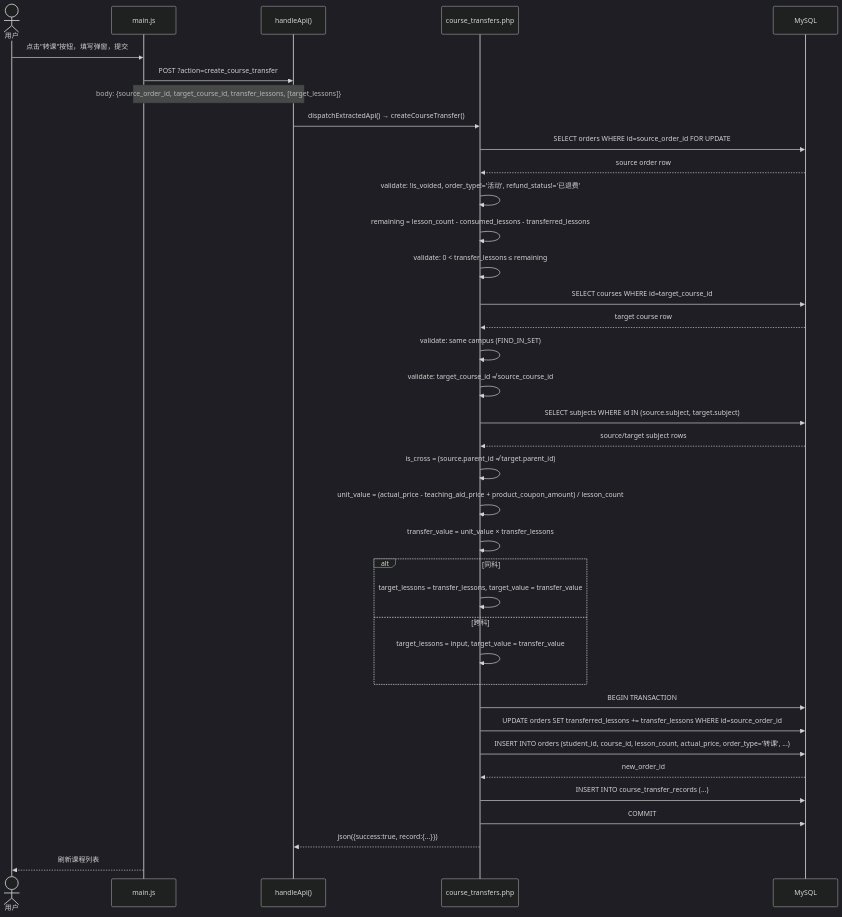
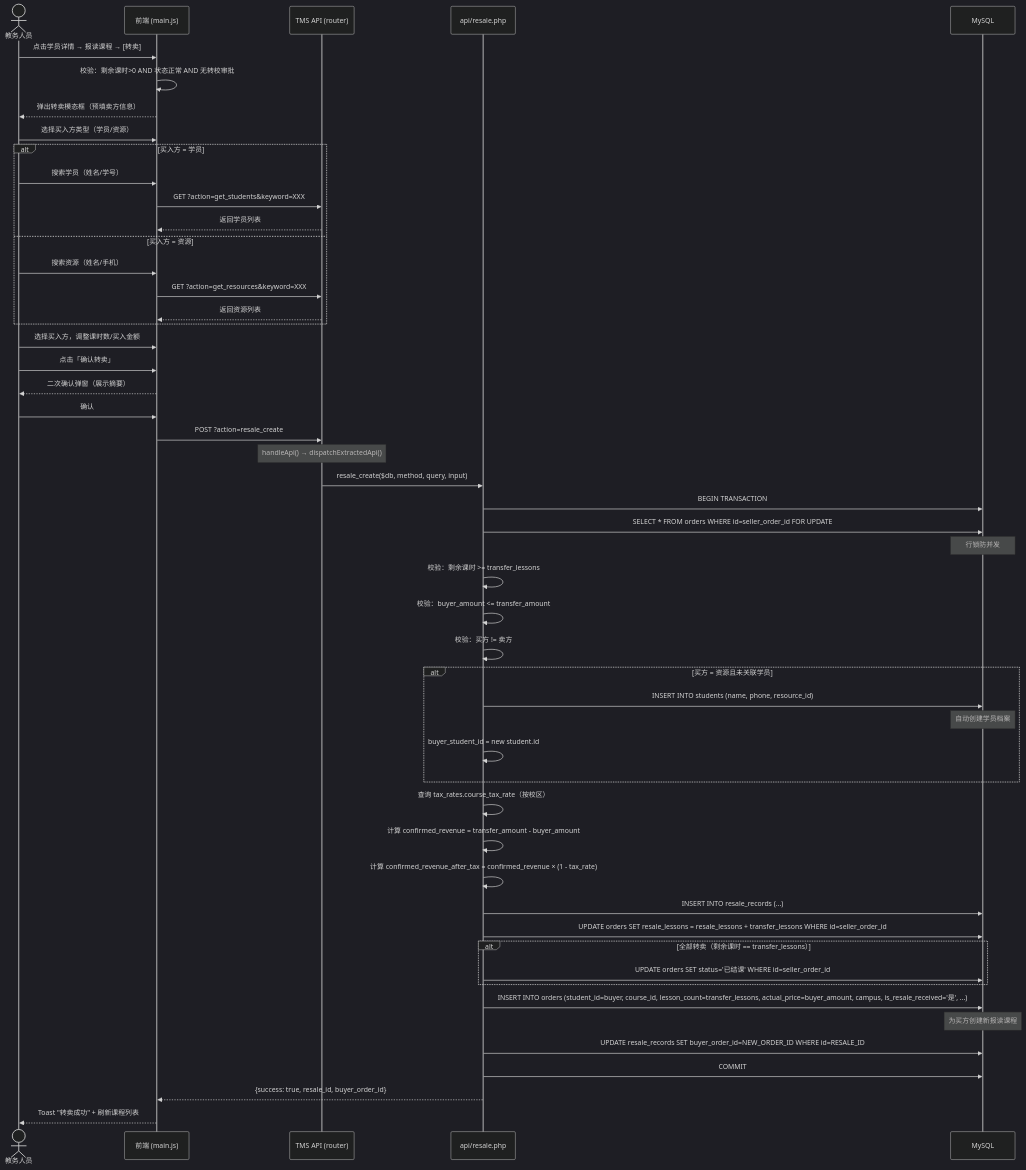
One commit to hawei07/TMS- changed the second of 5 diagrams in docs/system_design.md. Above: the diagram before and after it, drawn with Mermaid (dark theme). The commit also changed other lines of this file and 10 other files, not shown here.

````diff
--- a/docs/system_design.md
+++ b/docs/system_design.md
@@ -161,45 +233,66 @@
 ```mermaid
 sequenceDiagram
-    actor User as 用户
-    participant JS as main.js
-    participant API as handleApi()
-    participant H as course_transfers.php
+    actor 教务 as 教务人员
+    participant FE as 前端 (main.js)
+    participant API as TMS API (router)
+    participant Resale as api/resale.php
     participant DB as MySQL
 
-    User->>JS: 点击"转课"按钮，填写弹窗，提交
-    JS->>API: POST ?action=create_course_transfer
-    Note over JS,API: body: {source_order_id, target_course_id, transfer_lessons, [target_lessons]}
-
-    API->>H: dispatchExtractedApi() → createCourseTransfer()
-    H->>DB: SELECT orders WHERE id=source_order_id FOR UPDATE
-    DB-->>H: source order row
-    H->>H: validate: !is_voided, order_type!='活动', refund_status!='已退费'
-    H->>H: remaining = lesson_count - consumed_lessons - transferred_lessons
-    H->>H: validate: 0 < transfer_lessons ≤ remaining
-
-    H->>DB: SELECT courses WHERE id=target_course_id
-    DB-->>H: target course row
-    H->>H: validate: same campus (FIND_IN_SET)
-    H->>H: validate: target_course_id ≠ source_course_id
-
-    H->>DB: SELECT subjects WHERE id IN (source.subject, target.subject)
-    DB-->>H: source/target subject rows
-    H->>H: is_cross = (source.parent_id ≠ target.parent_id)
-
-    H->>H: unit_value = (actual_price - teaching_aid_price + product_coupon_amount) / lesson_count
-    H->>H: transfer_value = unit_value × transfer_lessons
-    alt 同科
-        H->>H: target_lessons = transfer_lessons, target_value = transfer_value
-    else 跨科
-        H->>H: target_lessons = input, target_value = transfer_value
+    教务->>FE: 点击学员详情 → 报读课程 → [转卖]
+    FE->>FE: 校验：剩余课时>0 AND 状态正常 AND 无转校审批
+    FE-->>教务: 弹出转卖模态框（预填卖方信息）
+    
+    教务->>FE: 选择买入方类型（学员/资源）
+    alt 买入方 = 学员
+        教务->>FE: 搜索学员（姓名/学号）
+        FE->>API: GET ?action=get_students&keyword=XXX
+        API-->>FE: 返回学员列表
+    else 买入方 = 资源
+        教务->>FE: 搜索资源（姓名/手机）
+        FE->>API: GET ?action=get_resources&keyword=XXX
+        API-->>FE: 返回资源列表
     end
-
-    H->>DB: BEGIN TRANSACTION
-    H->>DB: UPDATE orders SET transferred_lessons += transfer_lessons WHERE id=source_order_id
-    H->>DB: INSERT INTO orders (student_id, course_id, lesson_count, actual_price, order_type='转课', ...)
-    DB-->>H: new_order_id
-    H->>DB: INSERT INTO course_transfer_records (...)
-    H->>DB: COMMIT
-    H-->>API: json({success:true, record:{...}})
-    JS-->>User: 刷新课程列表
+    教务->>FE: 选择买入方，调整课时数/买入金额
+    教务->>FE: 点击「确认转卖」
+    
+    FE-->>教务: 二次确认弹窗（展示摘要）
+    教务->>FE: 确认
+    
+    FE->>API: POST ?action=resale_create
+    Note over API: handleApi() → dispatchExtractedApi()
+    API->>Resale: resale_create($db, method, query, input)
+    
+    Resale->>DB: BEGIN TRANSACTION
+    Resale->>DB: SELECT * FROM orders WHERE id=seller_order_id FOR UPDATE
+    Note over DB: 行锁防并发
+    
+    Resale->>Resale: 校验：剩余课时 >= transfer_lessons
+    Resale->>Resale: 校验：buyer_amount <= transfer_amount
+    Resale->>Resale: 校验：买方 != 卖方
+    
+    alt 买方 = 资源且未关联学员
+        Resale->>DB: INSERT INTO students (name, phone, resource_id)
+        Note over DB: 自动创建学员档案
+        Resale->>Resale: buyer_student_id = new student.id
+    end
+    
+    Resale->>Resale: 查询 tax_rates.course_tax_rate（按校区）
+    Resale->>Resale: 计算 confirmed_revenue = transfer_amount - buyer_amount
+    Resale->>Resale: 计算 confirmed_revenue_after_tax = confirmed_revenue × (1 - tax_rate)
+    
+    Resale->>DB: INSERT INTO resale_records (...)
+    Resale->>DB: UPDATE orders SET resale_lessons = resale_lessons + transfer_lessons WHERE id=seller_order_id
+    
+    alt 全部转卖（剩余课时 == transfer_lessons）
+        Resale->>DB: UPDATE orders SET status='已结课' WHERE id=seller_order_id
+    end
+    
+    Resale->>DB: INSERT INTO orders (student_id=buyer, course_id, lesson_count=transfer_lessons, actual_price=buyer_amount, campus, is_resale_received='是', ...)
+    Note over DB: 为买方创建新报读课程
+    
+    Resale->>DB: UPDATE resale_records SET buyer_order_id=NEW_ORDER_ID WHERE id=RESALE_ID
+    Resale->>DB: COMMIT
+    
+    Resale-->>FE: {success: true, resale_id, buyer_order_id}
+    FE-->>教务: Toast "转卖成功" + 刷新课程列表
 ```
````
